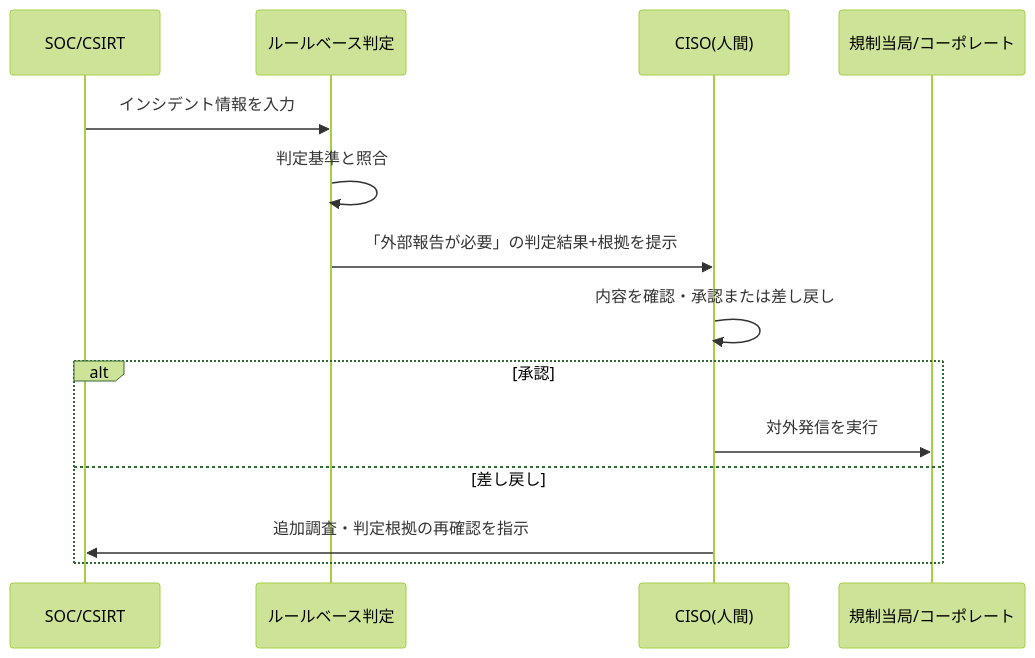
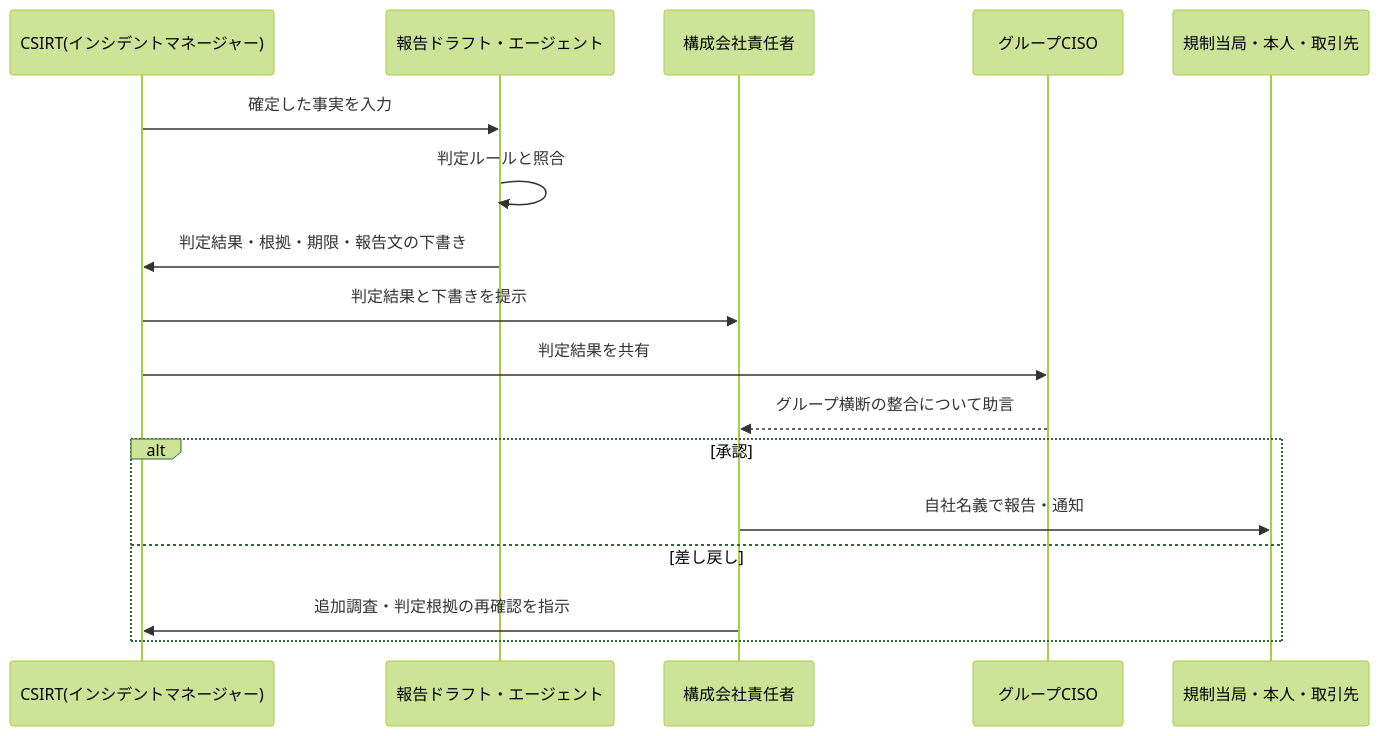
One commit to Okusan818/agentic-ai-soc-csirt-sample changed the diagram in 01-governance/01-03-external-reporting-flow.md. Above: the diagram before and after it, drawn with Mermaid (forest theme). The commit also changed other lines of this file and 20 other files, not shown here.

````diff
--- a/01-governance/01-03-external-reporting-flow.md
+++ b/01-governance/01-03-external-reporting-flow.md
@@ -33,17 +49,20 @@
 ```mermaid
 sequenceDiagram
-    participant S as SOC/CSIRT
-    participant R as ルールベース判定
-    participant C as CISO(人間)
-    participant E as 規制当局/コーポレート
+    participant IM as CSIRT(インシデントマネージャー)
+    participant AI as 報告ドラフト・エージェント
+    participant Exec as 構成会社責任者
+    participant CISO as グループCISO
+    participant Ext as 規制当局・本人・取引先
 
-    S->>R: インシデント情報を入力
-    R->>R: 判定基準と照合
-    R->>C: 「外部報告が必要」の判定結果+根拠を提示
-    C->>C: 内容を確認・承認または差し戻し
+    IM->>AI: 確定した事実を入力
+    AI->>AI: 判定ルールと照合
+    AI->>IM: 判定結果・根拠・期限・報告文の下書き
+    IM->>Exec: 判定結果と下書きを提示
+    IM->>CISO: 判定結果を共有
+    CISO-->>Exec: グループ横断の整合について助言
     alt 承認
-        C->>E: 対外発信を実行
+        Exec->>Ext: 自社名義で報告・通知
     else 差し戻し
-        C->>S: 追加調査・判定根拠の再確認を指示
+        Exec->>IM: 追加調査・判定根拠の再確認を指示
     end
 ```
````
